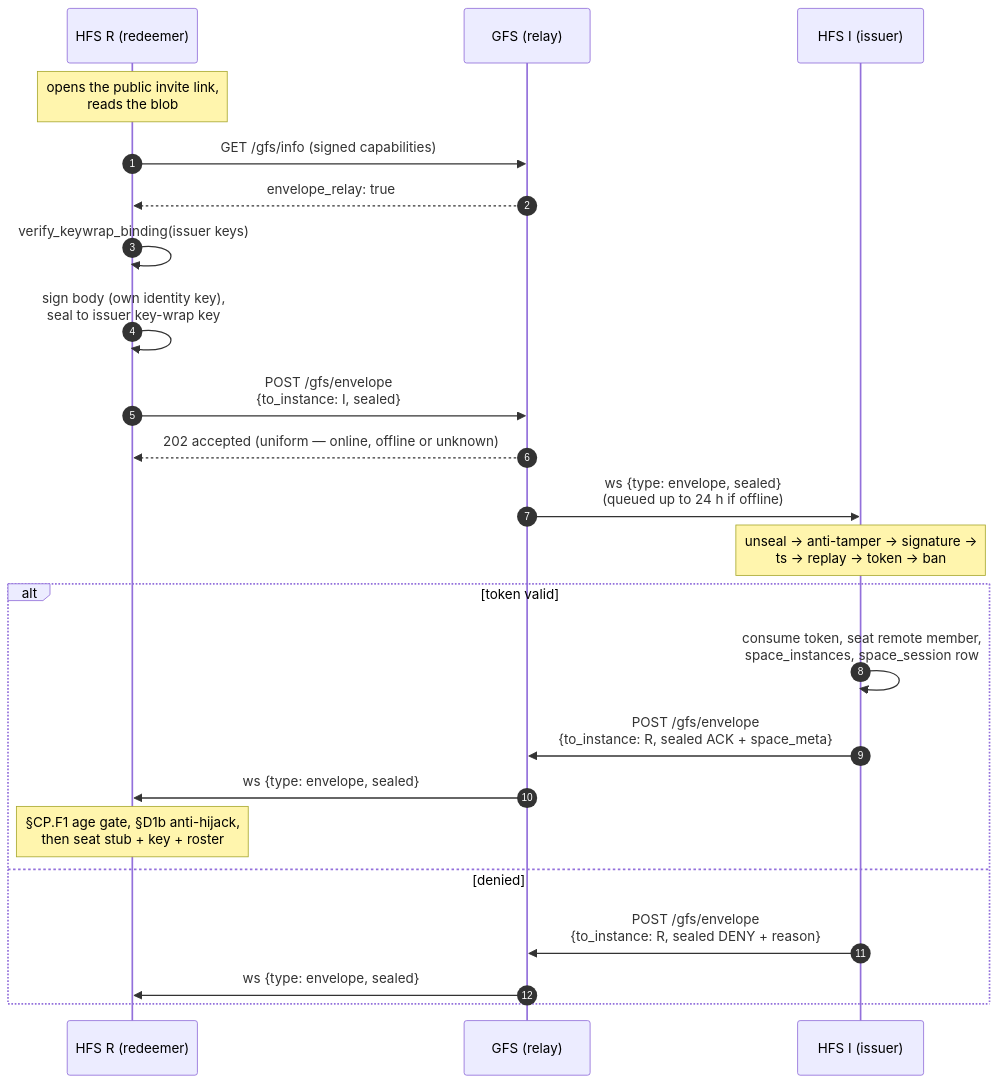
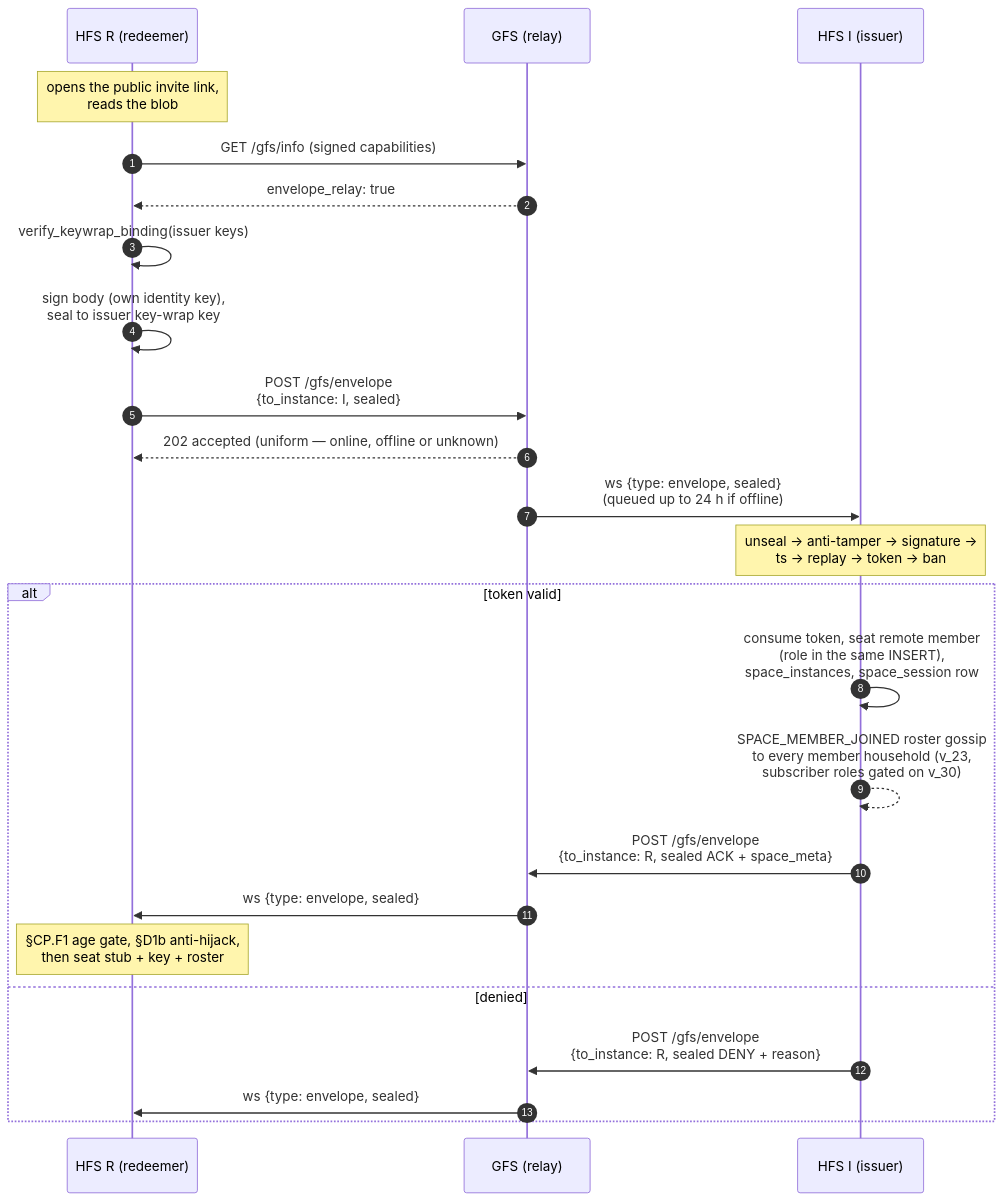
Before and after one commit to social-home-io/socialhome: the second of 5 diagrams in docs/protocol/invites.md, drawn with Mermaid. The commit also changed other lines of this file and 53 other files, not shown here.

````diff
--- a/docs/protocol/invites.md
+++ b/docs/protocol/invites.md
@@ -574,25 +574,26 @@
 ```mermaid
 sequenceDiagram
     autonumber
     participant R as HFS R (redeemer)
     participant G as GFS (relay)
     participant I as HFS I (issuer)
     Note over R: opens the public invite link,<br/>reads the blob
     R->>G: GET /gfs/info (signed capabilities)
     G-->>R: envelope_relay: true
     R->>R: verify_keywrap_binding(issuer keys)
     R->>R: sign body (own identity key),<br/>seal to issuer key-wrap key
     R->>G: POST /gfs/envelope<br/>{to_instance: I, sealed}
     G-->>R: 202 accepted (uniform — online, offline or unknown)
     G->>I: ws {type: envelope, sealed}<br/>(queued up to 24 h if offline)
     Note over I: unseal → anti-tamper → signature →<br/>ts → replay → token → ban
     alt token valid
-        I->>I: consume token, seat remote member,<br/>space_instances, space_session row
+        I->>I: consume token, seat remote member<br/>(role in the same INSERT),<br/>space_instances, space_session row
+        I-->>I: SPACE_MEMBER_JOINED roster gossip<br/>to every member household (v_23,<br/>subscriber roles gated on v_30)
         I->>G: POST /gfs/envelope<br/>{to_instance: R, sealed ACK + space_meta}
         G->>R: ws {type: envelope, sealed}
         Note over R: §CP.F1 age gate, §D1b anti-hijack,<br/>then seat stub + key + roster
     else denied
         I->>G: POST /gfs/envelope<br/>{to_instance: R, sealed DENY + reason}
         G->>R: ws {type: envelope, sealed}
     end
 ```
````
